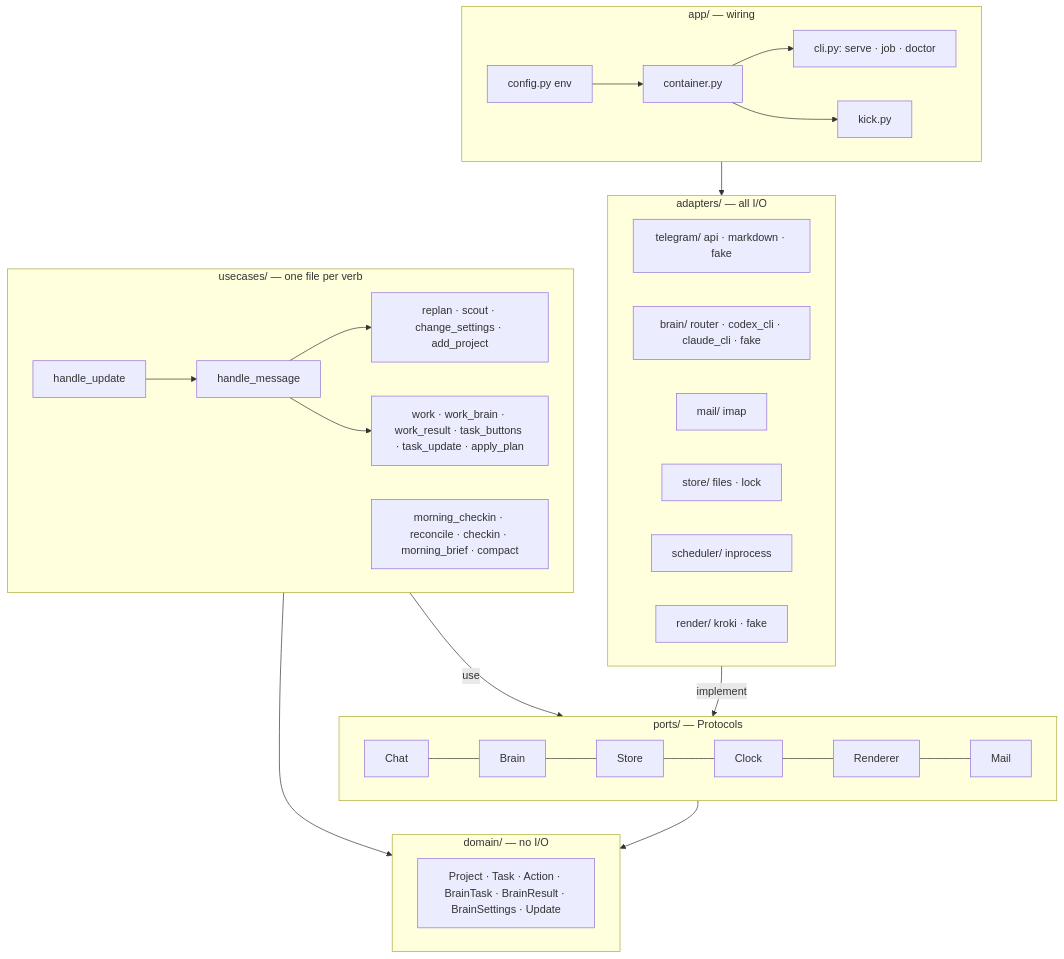
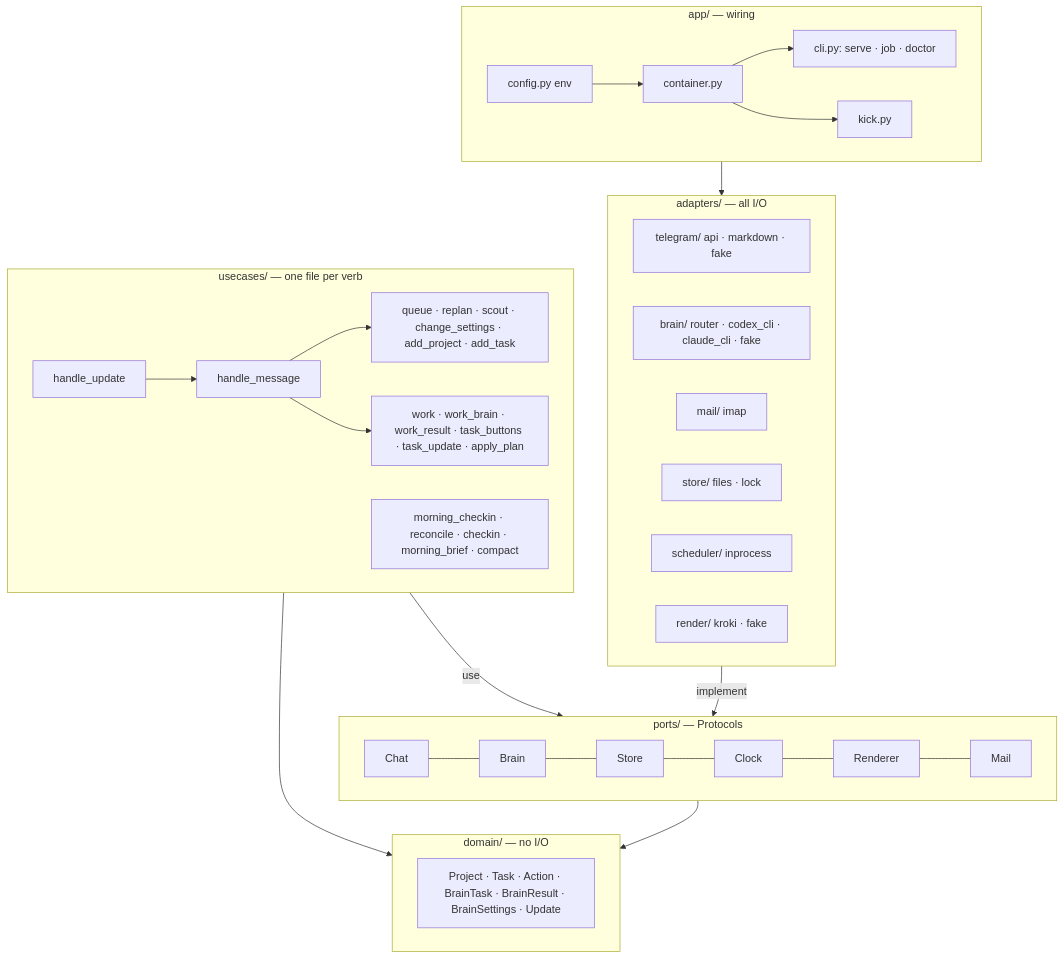
Before and after one commit to vovka/mentor-bot: the third of 19 diagrams in docs/ARCHITECTURE.md, drawn with Mermaid. The commit also changed other lines of this file and 2 other files, not shown here.

First line of the commit message:
Docs: durable queue, patch replan, plan tier, concurrent chat, /cancel

````diff
--- a/docs/ARCHITECTURE.md
+++ b/docs/ARCHITECTURE.md
@@ -41,32 +41,32 @@
 ```mermaid
 flowchart TB
   subgraph app["app/ — wiring"]
     CFG[config.py env] --> CT[container.py] --> CLIa["cli.py: serve · job · doctor"]
     CT --> KK[kick.py]
   end
   subgraph adapters["adapters/ — all I/O"]
     TG[telegram/ api · markdown · fake]
     BR[brain/ router · codex_cli · claude_cli · fake]
     MAIL[mail/ imap]
     STO[store/ files · lock]
     SCH[scheduler/ inprocess]
     RND[render/ kroki · fake]
   end
   subgraph ports["ports/ — Protocols"]
     PC[Chat] --- PB[Brain] --- PS[Store] --- PK[Clock] --- PR[Renderer] --- PM[Mail]
   end
   subgraph usecases["usecases/ — one file per verb"]
     U1[handle_update] --> U2[handle_message]
-    U2 --> U4[replan · scout · change_settings · add_project]
+    U2 --> U4[queue · replan · scout · change_settings · add_project · add_task]
     U3[morning_checkin · reconcile · checkin · morning_brief · compact]
     U5[work · work_brain · work_result · task_buttons · task_update · apply_plan]
     U2 --> U5
   end
   subgraph domain["domain/ — no I/O"]
     D[Project · Task · Action · BrainTask · BrainResult · BrainSettings · Update]
   end
   app --> adapters
   adapters -- implement --> ports
   usecases -- use --> ports
   usecases & ports --> domain
 ```
````
